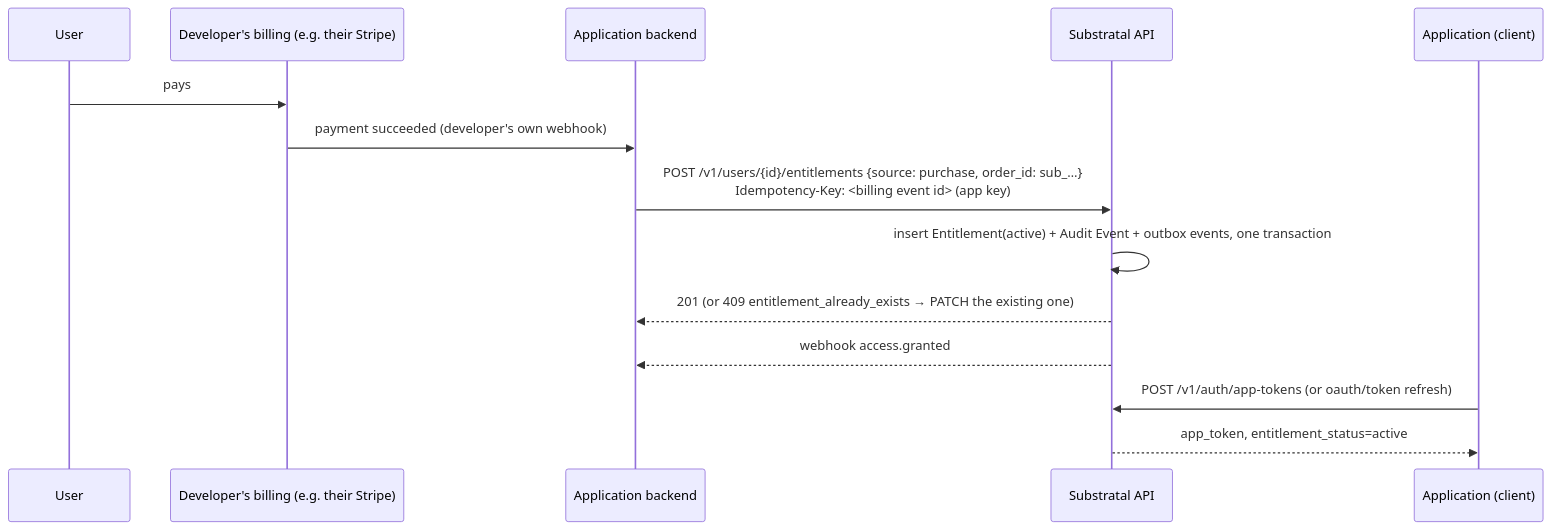
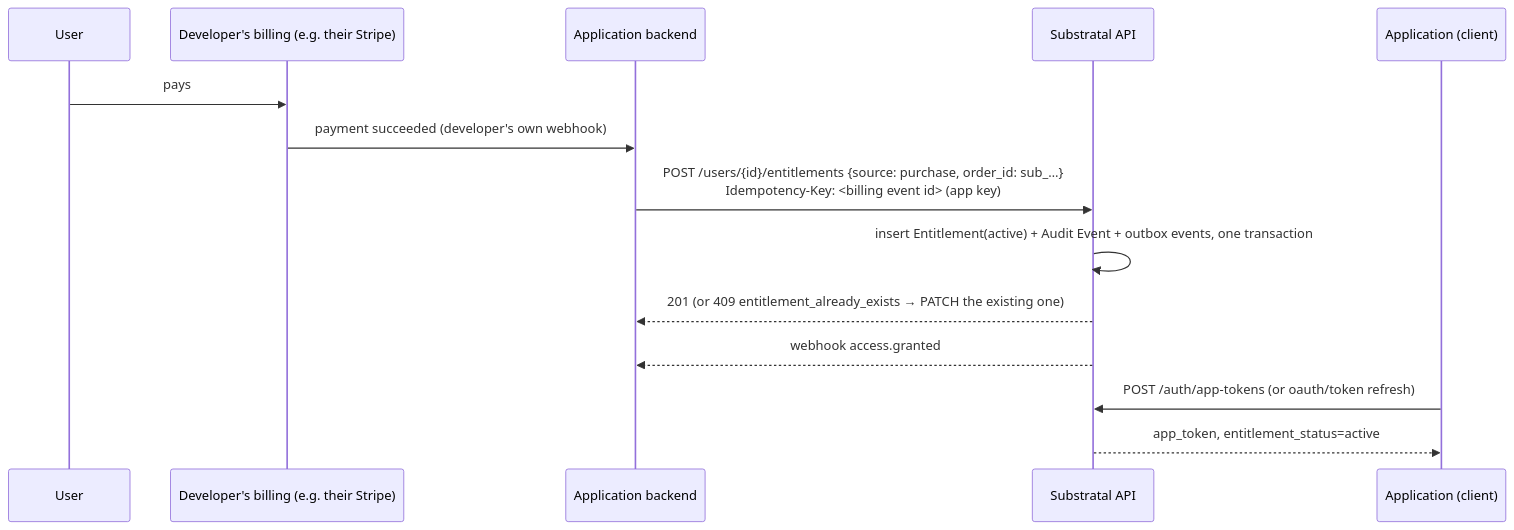
One commit to CompositeCode/substratalapps.com changed the second of 3 diagrams in docs/workflows.md. Above: the diagram before and after it, drawn with Mermaid. The commit also changed other lines of this file and 77 other files, not shown here.

````diff
--- a/docs/workflows.md
+++ b/docs/workflows.md
@@ -48,17 +48,17 @@
 ```mermaid
 sequenceDiagram
     participant User
     participant Billing as Developer's billing (e.g. their Stripe)
     participant Backend as Application backend
     participant Hub as Substratal API
     participant App as Application (client)
 
     User->>Billing: pays
     Billing->>Backend: payment succeeded (developer's own webhook)
-    Backend->>Hub: POST /v1/users/{id}/entitlements {source: purchase, order_id: sub_…}<br/>Idempotency-Key: <billing event id> (app key)
+    Backend->>Hub: POST /users/{id}/entitlements {source: purchase, order_id: sub_…}<br/>Idempotency-Key: <billing event id> (app key)
     Hub->>Hub: insert Entitlement(active) + Audit Event + outbox events, one transaction
     Hub-->>Backend: 201 (or 409 entitlement_already_exists → PATCH the existing one)
     Hub-->>Backend: webhook access.granted
-    App->>Hub: POST /v1/auth/app-tokens (or oauth/token refresh)
+    App->>Hub: POST /auth/app-tokens (or oauth/token refresh)
     Hub-->>App: app_token, entitlement_status=active
 ```
````
